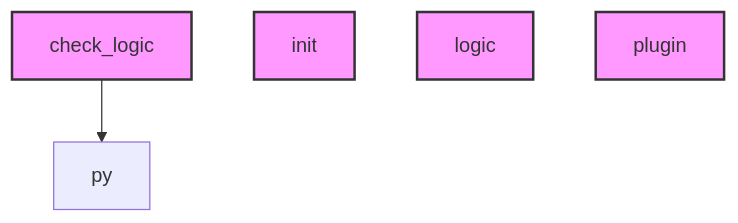
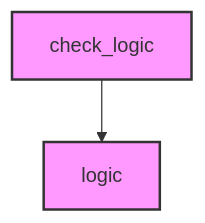
The diagram in tests/fixtures/golden_expected/AI_CONTEXT.md (geociencio/ai-context-core), drawn with Mermaid before and after one commit. The commit also changed 7 other files, not shown here.

First line of the commit message:
fix(analyzer): repair import graph resolution and dependency diagram

````diff
--- a/tests/fixtures/golden_expected/AI_CONTEXT.md
+++ b/tests/fixtures/golden_expected/AI_CONTEXT.md
@@ -48,13 +48,7 @@
 ```mermaid
 graph TD
-    check_logic --> py
+    check_logic --> logic
     classDef module fill:#f9f,stroke:#333,stroke-width:2px;
-    init
-    class init module;
-    logic
+    class check_logic module;
     class logic module;
-    plugin
-    class plugin module;
-    check_logic
-    class check_logic module;
 ```
````
